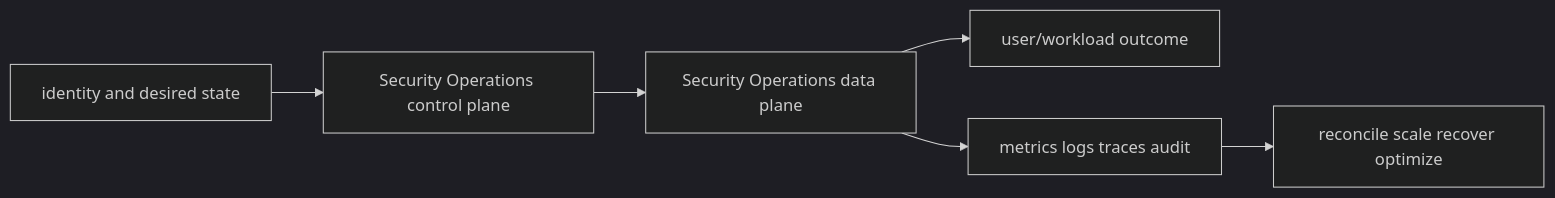
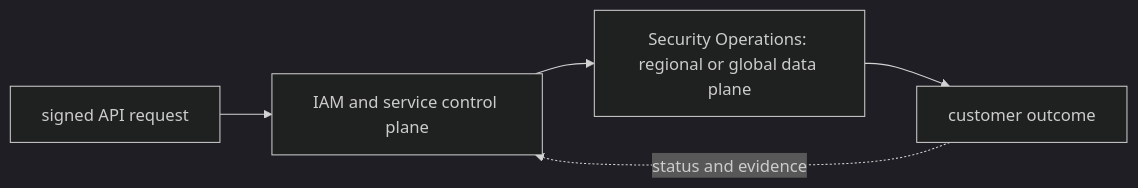
One commit to tomkidumbuyo/DevOps-interview-preparation changed the second of 2 diagrams in 07-aws/09-security-operations/README.md. Above: the diagram before and after it, drawn with Mermaid (dark theme). The commit also changed other lines of this file and 753 other files, not shown here.

````diff
--- a/07-aws/09-security-operations/README.md
+++ b/07-aws/09-security-operations/README.md
@@ -42,8 +53,7 @@
 ```mermaid
 flowchart LR
-  I[identity and desired state] --> C[Security Operations control plane]
-  C --> D[Security Operations data plane]
-  D --> U[user/workload outcome]
-  D --> O[metrics logs traces audit]
-  O --> R[reconcile scale recover optimize]
+  A["signed API request"] --> B["IAM and service control plane"]
+  B --> C["Security Operations: regional or global data plane"]
+  C --> D["customer outcome"]
+  D -. "status and evidence" .-> B
 ```
````
